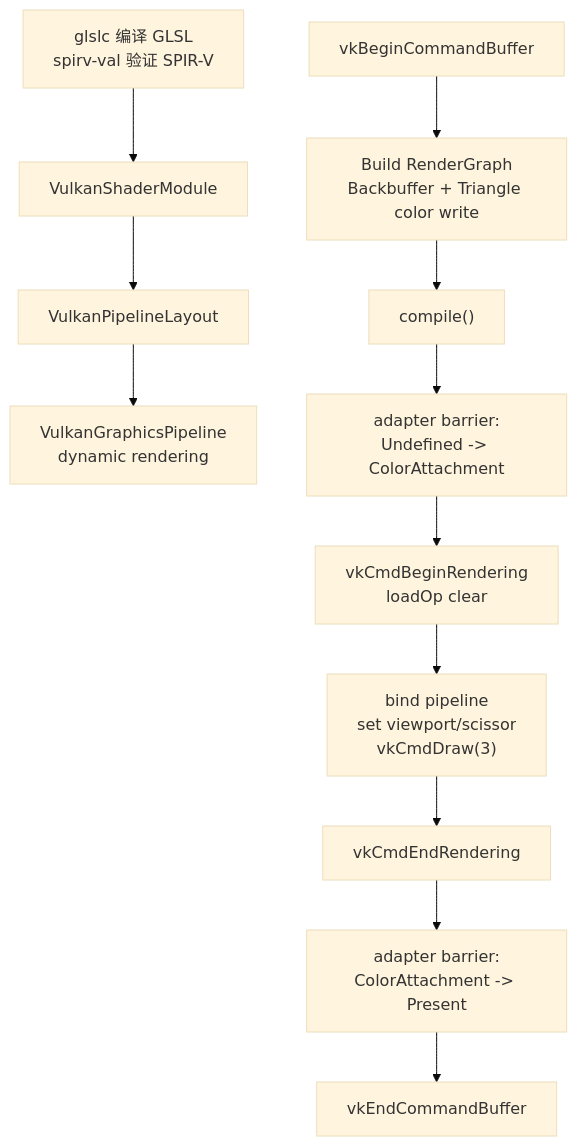
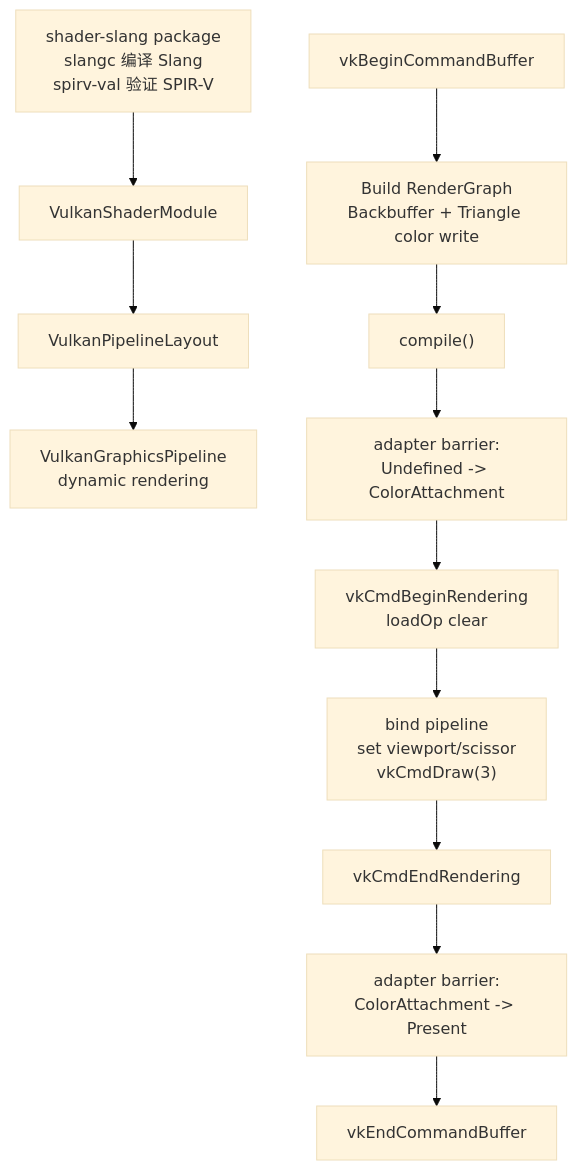
Before and after one commit to 66six11/Engine: the sixth of 9 diagrams in docs/flow-architecture.md, drawn with Mermaid (base theme). The commit also changed other lines of this file and 11 other files, not shown here.

Commit message:
Move triangle shader build to shader-slang

````diff
--- a/docs/flow-architecture.md
+++ b/docs/flow-architecture.md
@@ -171,19 +171,19 @@
 ```mermaid
 flowchart TD
-    ShaderBuild["glslc 编译 GLSL<br/>spirv-val 验证 SPIR-V"]
+    ShaderBuild["shader-slang package<br/>slangc 编译 Slang<br/>spirv-val 验证 SPIR-V"]
     ShaderModules["VulkanShaderModule"]
     Layout["VulkanPipelineLayout"]
     Pipeline["VulkanGraphicsPipeline<br/>dynamic rendering"]
     Begin["vkBeginCommandBuffer"]
     BuildGraph["Build RenderGraph<br/>Backbuffer + Triangle color write"]
     Compile["compile()"]
     ToColor["adapter barrier:<br/>Undefined -> ColorAttachment"]
     BeginRendering["vkCmdBeginRendering<br/>loadOp clear"]
     Draw["bind pipeline<br/>set viewport/scissor<br/>vkCmdDraw(3)"]
     EndRendering["vkCmdEndRendering"]
     ToPresent["adapter barrier:<br/>ColorAttachment -> Present"]
     End["vkEndCommandBuffer"]
 
     ShaderBuild --> ShaderModules --> Layout --> Pipeline
     Begin --> BuildGraph --> Compile --> ToColor --> BeginRendering --> Draw --> EndRendering --> ToPresent --> End
 ```
````
